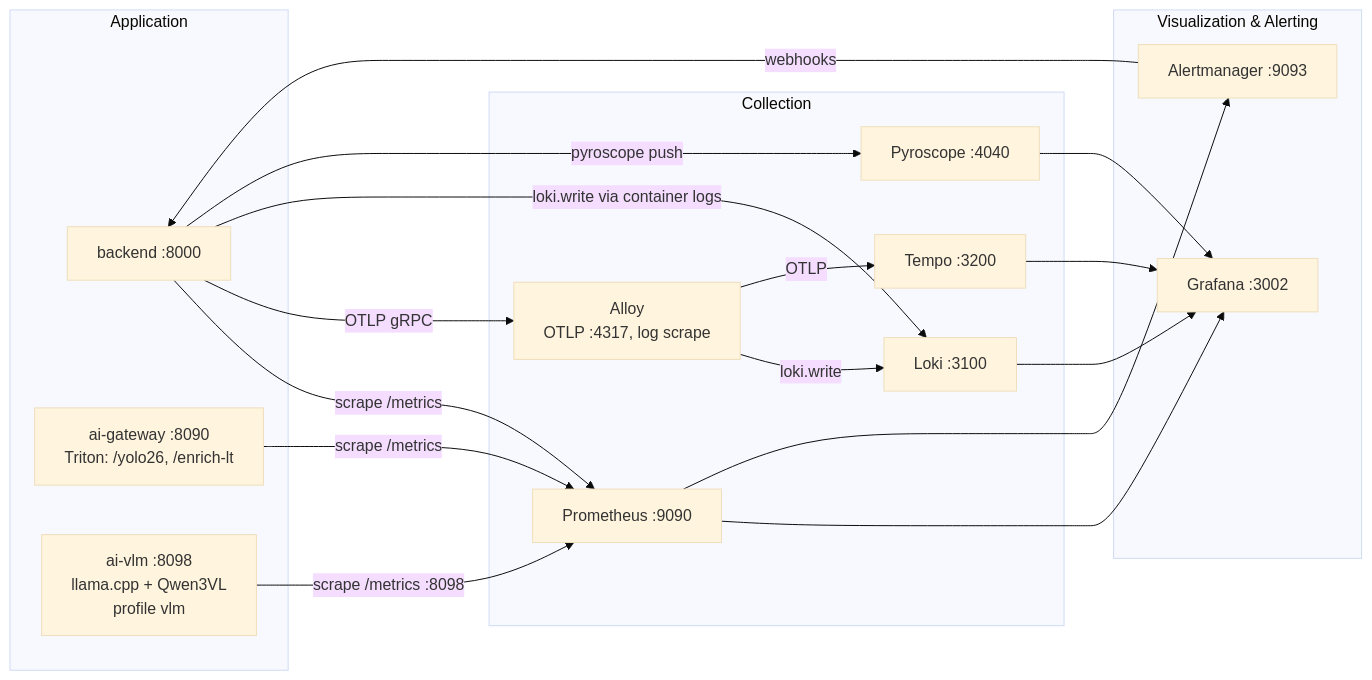
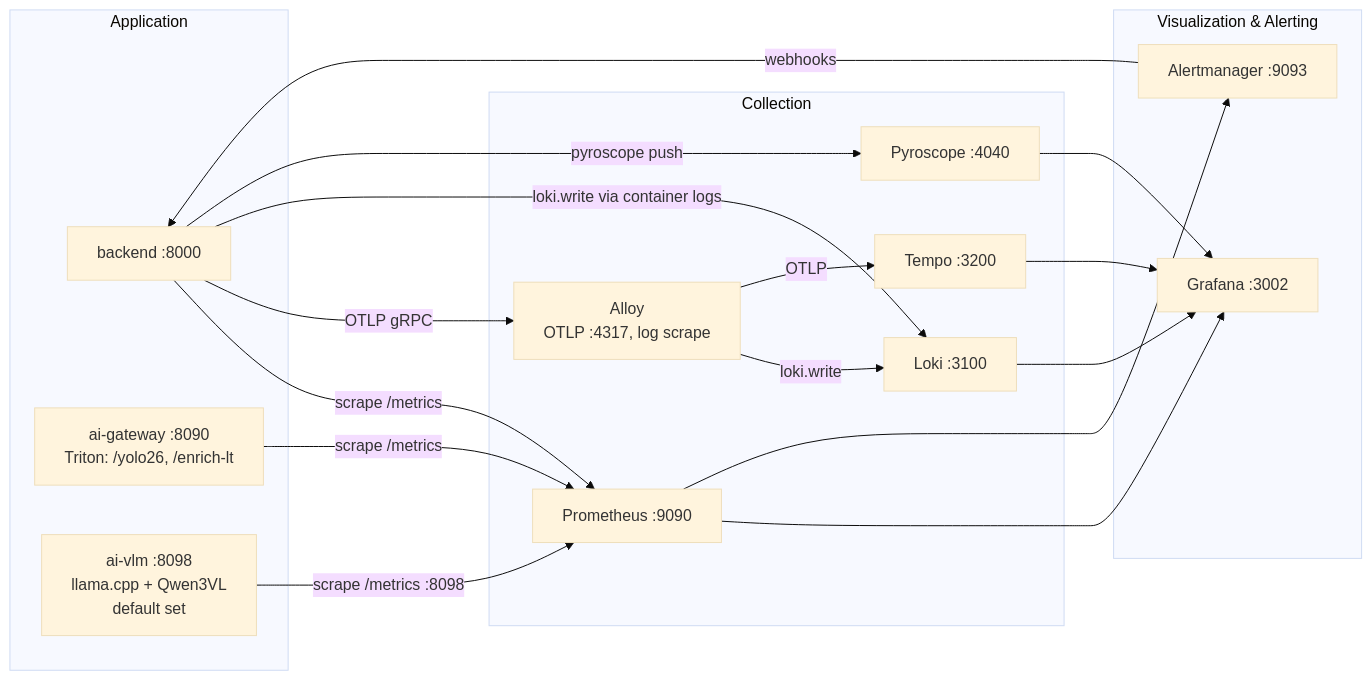
Before and after one commit to mikesvoboda/nemotron-v3-home-security-intelligence: the second of 2 diagrams in docs/architecture/observability/README.md, drawn with Mermaid (base theme). The commit also changed 56 other files, not shown here.

````diff
--- a/docs/architecture/observability/README.md
+++ b/docs/architecture/observability/README.md
@@ -125,36 +125,36 @@
 ```mermaid
 graph LR
     subgraph App["Application"]
         BE[backend :8000]
         GW[ai-gateway :8090<br/>Triton: /yolo26, /enrich-lt]
-        VLM[ai-vlm :8098<br/>llama.cpp + Qwen3VL<br/>profile vlm]
+        VLM[ai-vlm :8098<br/>llama.cpp + Qwen3VL<br/>default set]
     end
 
     subgraph Collect["Collection"]
         ALLOY[Alloy<br/>OTLP :4317, log scrape]
         PROM[Prometheus :9090]
         LOKI[Loki :3100]
         TEMPO[Tempo :3200]
         PYRO[Pyroscope :4040]
     end
 
     subgraph Viz["Visualization & Alerting"]
         GRAF[Grafana :3002]
         AM[Alertmanager :9093]
     end
 
     BE --> |scrape /metrics| PROM
     GW --> |scrape /metrics| PROM
     VLM --> |scrape /metrics :8098| PROM
     BE --> |OTLP gRPC| ALLOY
     ALLOY --> |loki.write| LOKI
     ALLOY --> |OTLP| TEMPO
     BE --> |loki.write via container logs| LOKI
     BE --> |pyroscope push| PYRO
     PROM --> GRAF
     LOKI --> GRAF
     TEMPO --> GRAF
     PYRO --> GRAF
     PROM --> AM
     AM --> |webhooks| BE
 ```
````
